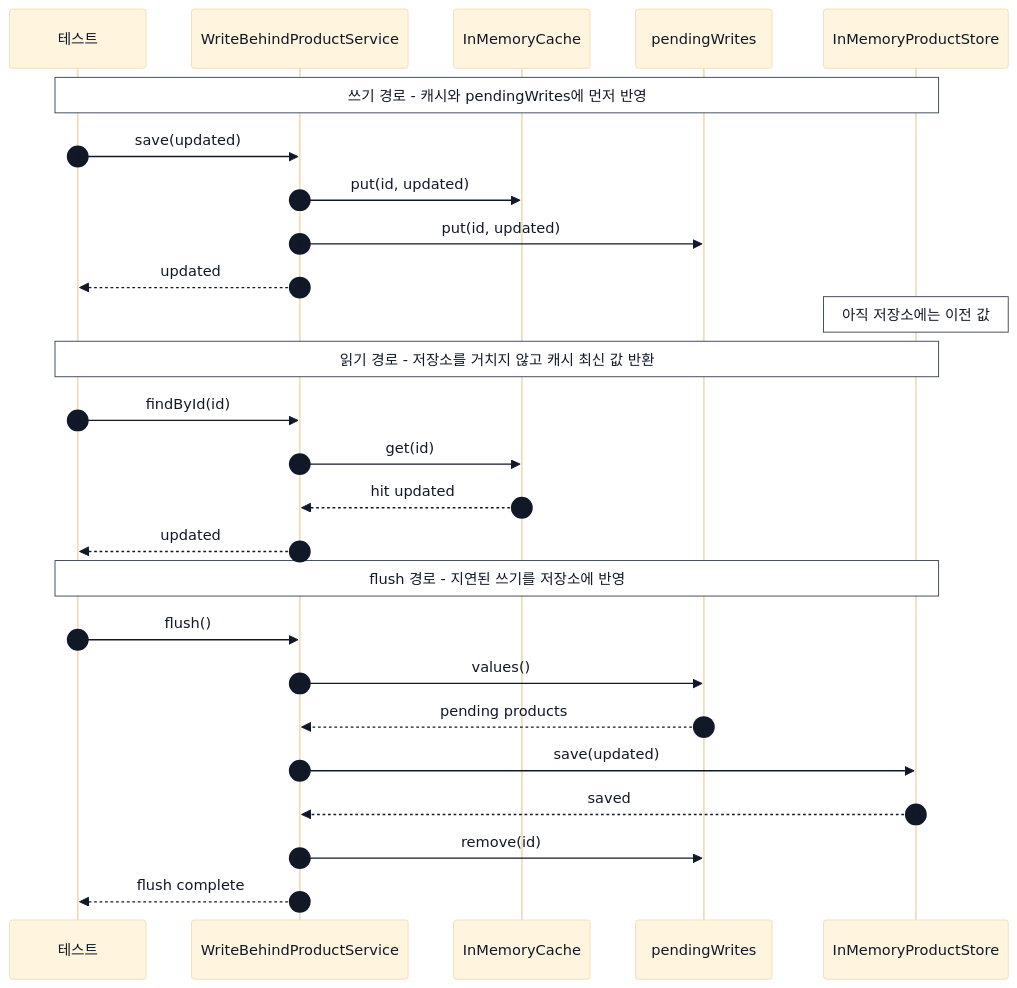
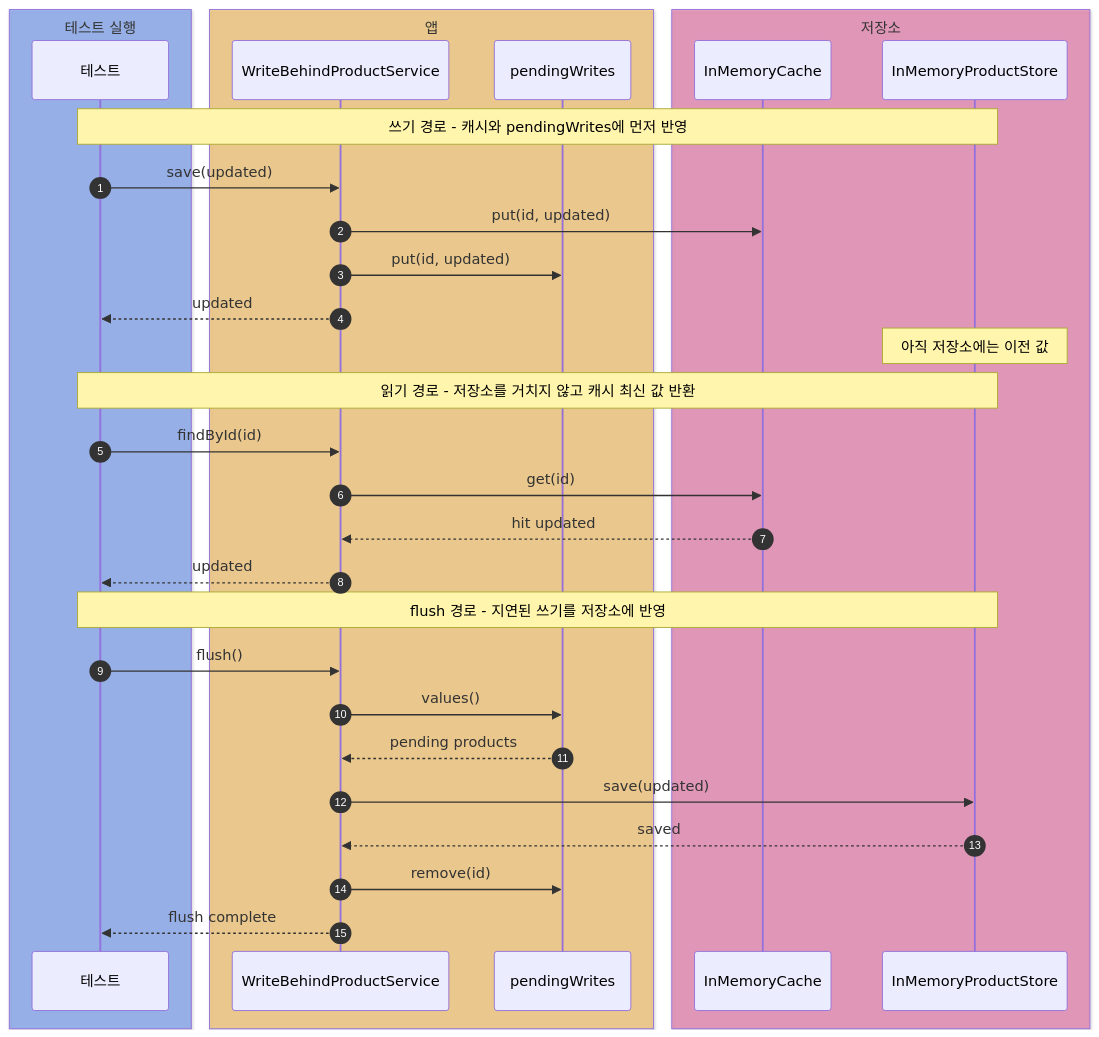
The sixth of 10 diagrams in labs/cache-patterns/README.md (HJC96/deep-dive), drawn with Mermaid before and after one commit. The commit also changed other lines of this file and 4 other files, not shown here.

````diff
--- a/labs/cache-patterns/README.md
+++ b/labs/cache-patterns/README.md
@@ -448,32 +492,40 @@
 ```mermaid
-%%{init: {"theme": "base", "themeVariables": {"primaryTextColor": "#111827", "secondaryTextColor": "#111827", "tertiaryTextColor": "#111827", "actorTextColor": "#111827", "signalTextColor": "#111827", "labelTextColor": "#111827", "noteTextColor": "#111827", "noteBkgColor": "#ffffff", "noteBorderColor": "#374151", "sequenceNumberColor": "#111827"}}}%%
 sequenceDiagram
     autonumber
+
+    box rgba(37, 99, 235, 0.40) 테스트 실행
     participant Test as 테스트
+    end
+
+    box rgba(245, 158, 11, 0.40) 앱
     participant Service as WriteBehindProductService
+    participant Queue as pendingWrites
+    end
+
+    box rgba(219, 39, 119, 0.40) 저장소
     participant Cache as InMemoryCache
-    participant Queue as pendingWrites
     participant Store as InMemoryProductStore
+    end
 
     Note over Test,Store: 쓰기 경로 - 캐시와 pendingWrites에 먼저 반영
     Test->>Service: save(updated)
     Service->>Cache: put(id, updated)
     Service->>Queue: put(id, updated)
     Service-->>Test: updated
     Note over Store: 아직 저장소에는 이전 값
 
     Note over Test,Store: 읽기 경로 - 저장소를 거치지 않고 캐시 최신 값 반환
     Test->>Service: findById(id)
     Service->>Cache: get(id)
     Cache-->>Service: hit updated
     Service-->>Test: updated
 
     Note over Test,Store: flush 경로 - 지연된 쓰기를 저장소에 반영
     Test->>Service: flush()
     Service->>Queue: values()
     Queue-->>Service: pending products
     Service->>Store: save(updated)
     Store-->>Service: saved
     Service->>Queue: remove(id)
     Service-->>Test: flush complete
 ```
````
